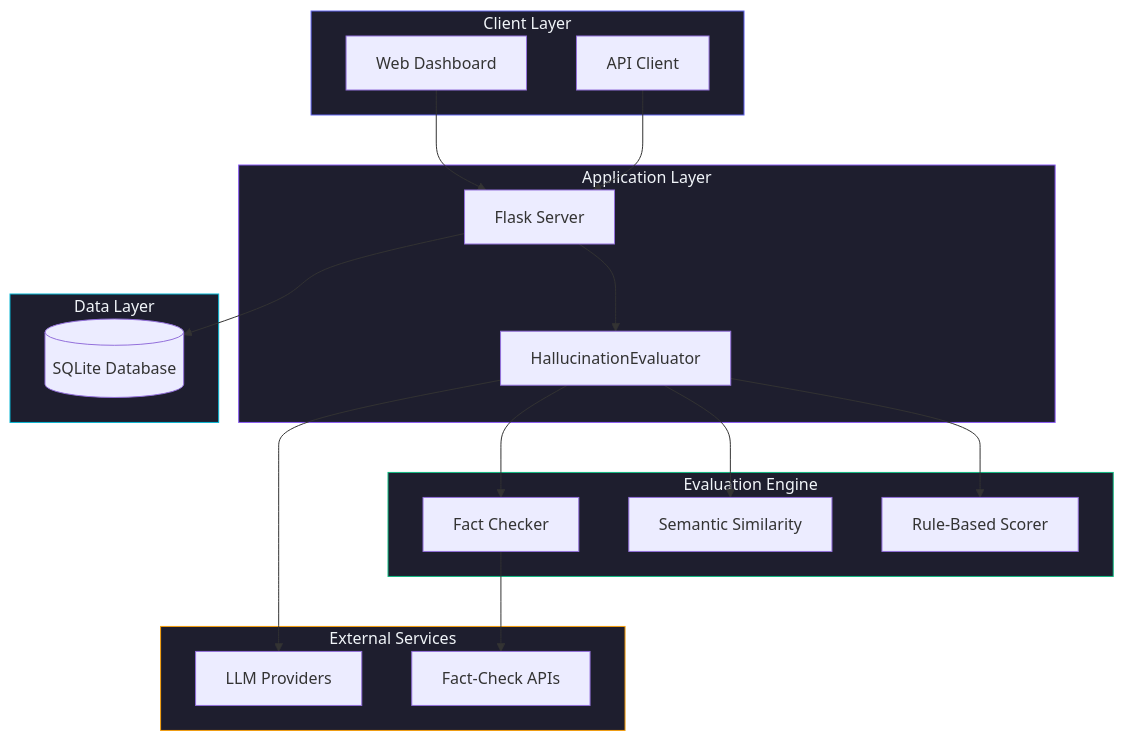
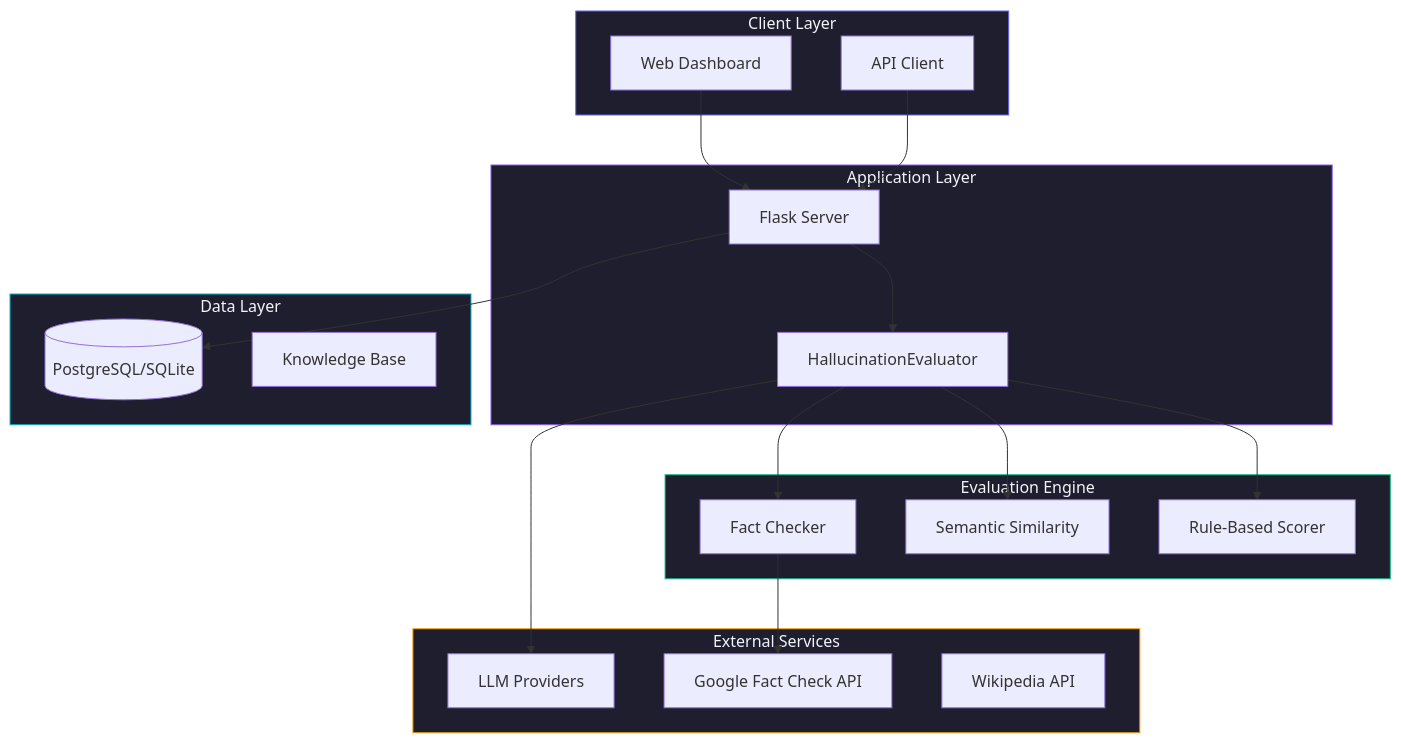
Before and after one commit to rishi02102017/HalluciDetect: the first of 8 diagrams in README.md, drawn with Mermaid. The commit also changed other lines of this file and 14 other files, not shown here.

````diff
--- a/README.md
+++ b/README.md
@@ -30,43 +30,45 @@
 ```mermaid
 flowchart TB
     subgraph Client["Client Layer"]
         UI[Web Dashboard]
         API_Client[API Client]
     end
 
     subgraph Server["Application Layer"]
         Flask[Flask Server]
         Evaluator[HallucinationEvaluator]
     end
 
     subgraph Evaluation["Evaluation Engine"]
         FC[Fact Checker]
         SS[Semantic Similarity]
         RB[Rule-Based Scorer]
     end
 
     subgraph External["External Services"]
         LLM[LLM Providers]
-        FactAPI[Fact-Check APIs]
+        FactAPI[Google Fact Check API]
+        WikiAPI[Wikipedia API]
     end
 
     subgraph Storage["Data Layer"]
-        DB[(SQLite Database)]
+        DB[(PostgreSQL/SQLite)]
+        KB[Knowledge Base]
     end
 
     UI --> Flask
     API_Client --> Flask
     Flask --> Evaluator
     Evaluator --> FC
     Evaluator --> SS
     Evaluator --> RB
     Evaluator --> LLM
     FC --> FactAPI
     Flask --> DB
     
     style Client fill:#1e1e2e,stroke:#6366f1,color:#f1f5f9
     style Server fill:#1e1e2e,stroke:#8b5cf6,color:#f1f5f9
     style Evaluation fill:#1e1e2e,stroke:#10b981,color:#f1f5f9
     style External fill:#1e1e2e,stroke:#f59e0b,color:#f1f5f9
     style Storage fill:#1e1e2e,stroke:#06b6d4,color:#f1f5f9
 ```
````
